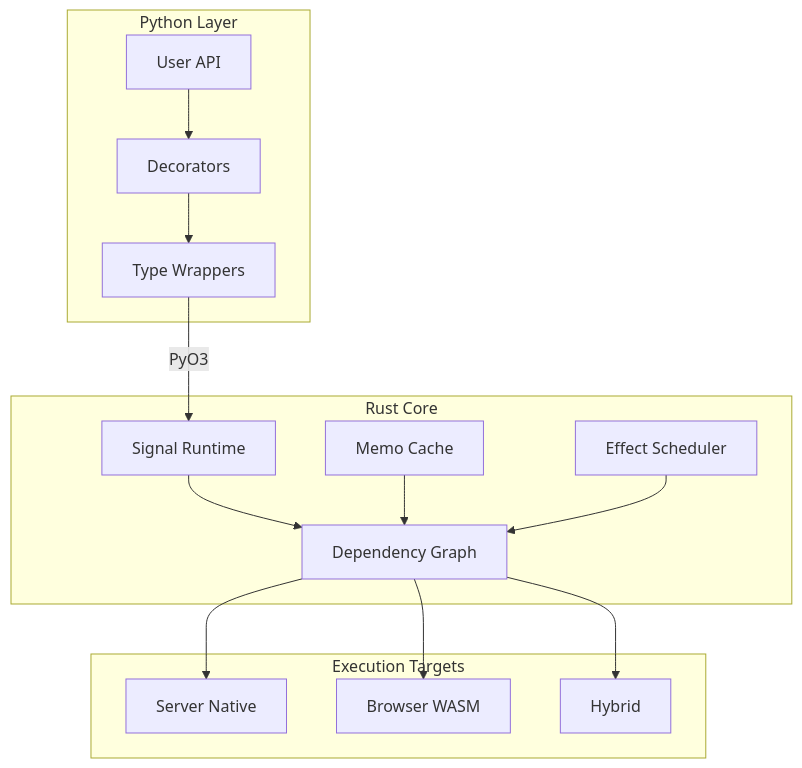
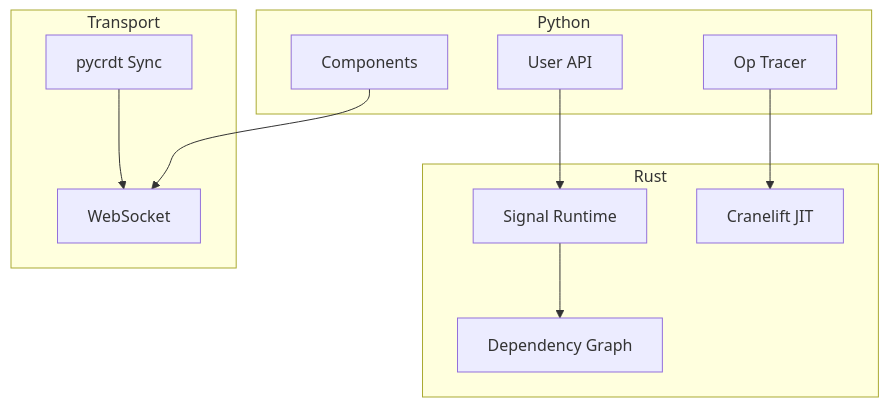
Before and after one commit to matteso1/lattice: the diagram in README.md, drawn with Mermaid. The commit also changed other lines of this file and 6 other files, not shown here.

````diff
--- a/README.md
+++ b/README.md
@@ -165,32 +181,25 @@
 ```mermaid
 flowchart TB
-    subgraph Python["Python Layer"]
+    subgraph Python
         API[User API]
-        DEC[Decorators]
-        WRAP[Type Wrappers]
+        Tracer[Op Tracer]
+        Component[Components]
     end
     
-    subgraph Rust["Rust Core"]
-        SIG[Signal Runtime]
-        MEM[Memo Cache]
-        EFF[Effect Scheduler]
-        GRAPH[Dependency Graph]
+    subgraph Rust
+        Signal[Signal Runtime]
+        Graph[Dependency Graph]
+        JIT[Cranelift JIT]
     end
     
-    subgraph Target["Execution Targets"]
-        SRV[Server Native]
-        WASM[Browser WASM]
-        HYB[Hybrid]
+    subgraph Transport
+        WS[WebSocket]
+        CRDT[pycrdt Sync]
     end
     
-    API --> DEC
-    DEC --> WRAP
-    WRAP -->|PyO3| SIG
-    SIG --> GRAPH
-    MEM --> GRAPH
-    EFF --> GRAPH
-    
-    GRAPH --> SRV
-    GRAPH --> WASM
-    GRAPH --> HYB
+    API --> Signal
+    Tracer --> JIT
+    Component --> WS
+    Signal --> Graph
+    CRDT --> WS
 ```
````
